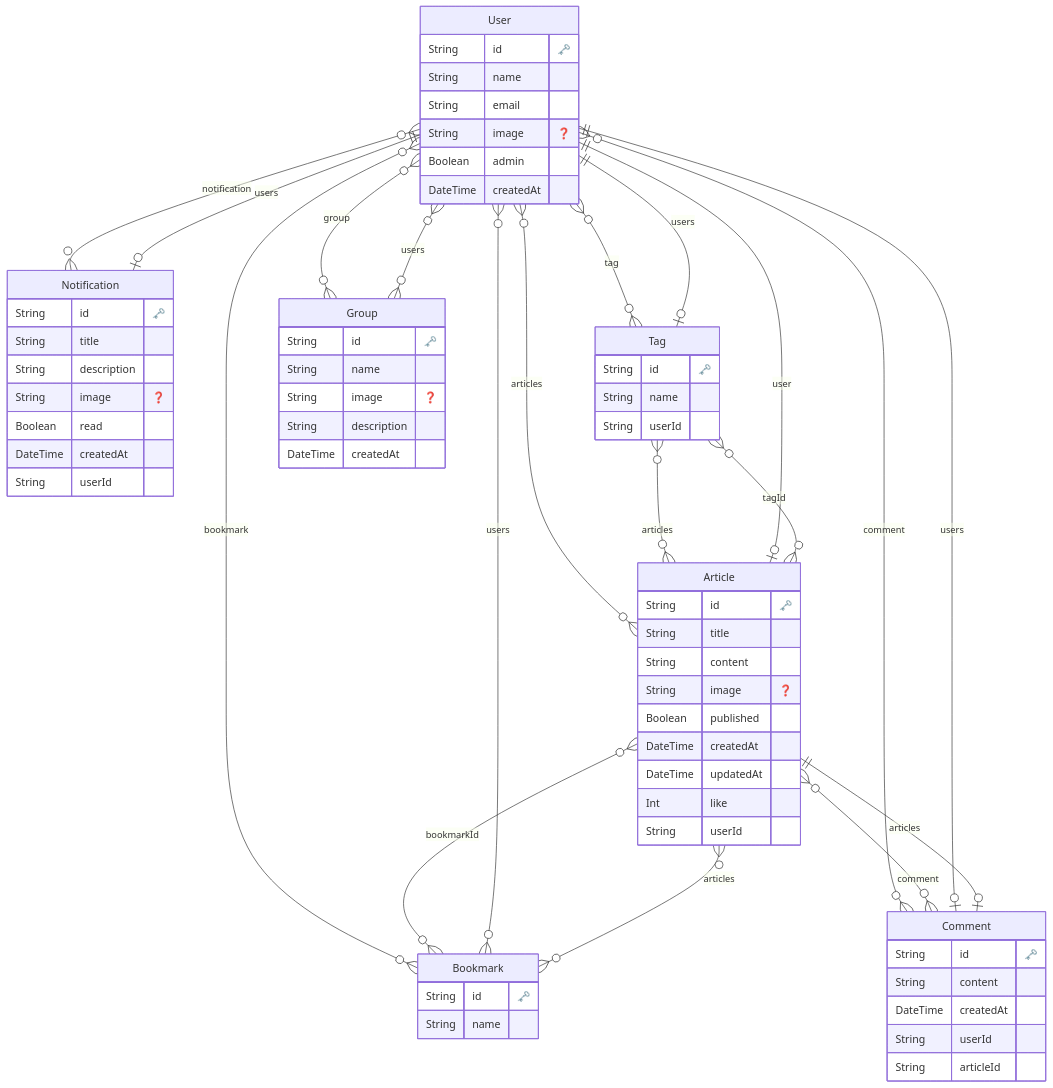
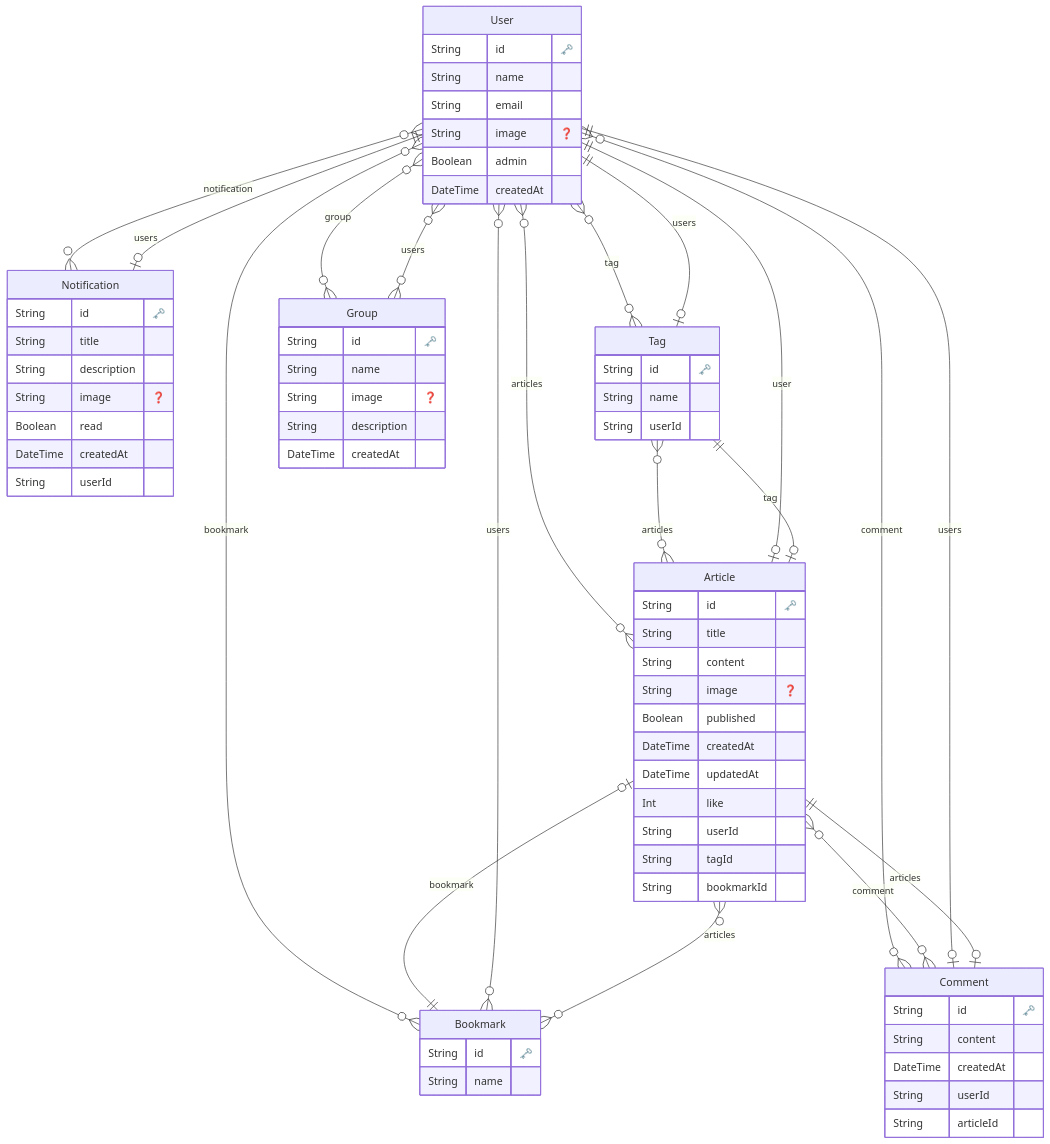
One commit to Itsuki54/kizino_niwa changed the diagram in prisma/ERD.md. Above: the diagram before and after it, drawn with Mermaid. The commit also changed 53 other files, not shown here.

```diff
--- a/prisma/ERD.md
+++ b/prisma/ERD.md
@@ -3,68 +3,70 @@
 
   "User" {
     String id "🗝️"
-    String name
-    String email
+    String name 
+    String email 
     String image "❓"
-    Boolean admin
-    DateTime createdAt
+    Boolean admin 
+    DateTime createdAt 
     }
-
+  
 
   "Article" {
     String id "🗝️"
-    String title
-    String content
+    String title 
+    String content 
     String image "❓"
-    Boolean published
-    DateTime createdAt
-    DateTime updatedAt
-    Int like
-    String userId
+    Boolean published 
+    DateTime createdAt 
+    DateTime updatedAt 
+    Int like 
+    String userId 
+    String tagId 
+    String bookmarkId 
     }
-
+  
 
   "Notification" {
     String id "🗝️"
-    String title
-    String description
+    String title 
+    String description 
     String image "❓"
-    Boolean read
-    DateTime createdAt
-    String userId
+    Boolean read 
+    DateTime createdAt 
+    String userId 
     }
-
+  
 
   "Tag" {
     String id "🗝️"
-    String name
-    String userId
+    String name 
+    String userId 
     }
-
+  
 
   "Bookmark" {
     String id "🗝️"
-    String name
+    String name 
     }
-
+  
 
   "Group" {
     String id "🗝️"
-    String name
+    String name 
     String image "❓"
-    String description
-    DateTime createdAt
+    String description 
+    DateTime createdAt 
     }
-
+  
 
   "Comment" {
     String id "🗝️"
-    String content
-    DateTime createdAt
-    String userId
-    String articleId
+    String content 
+    DateTime createdAt 
+    String userId 
+    String articleId 
     }
-
+  
     "User" o{--}o "Tag" : "tag"
     "User" o{--}o "Bookmark" : "bookmark"
     "User" o{--}o "Group" : "group"
@@ -72,8 +74,8 @@
     "User" o{--}o "Notification" : "notification"
     "User" o{--}o "Comment" : "comment"
     "Article" o|--|| "User" : "user"
-    "Article" o{--}o "Tag" : "tagId"
-    "Article" o{--}o "Bookmark" : "bookmarkId"
+    "Article" o|--|| "Tag" : "tag"
+    "Article" o|--|| "Bookmark" : "bookmark"
     "Article" o{--}o "Comment" : "comment"
     "Notification" o|--|| "User" : "users"
     "Tag" o|--|| "User" : "users"
```
